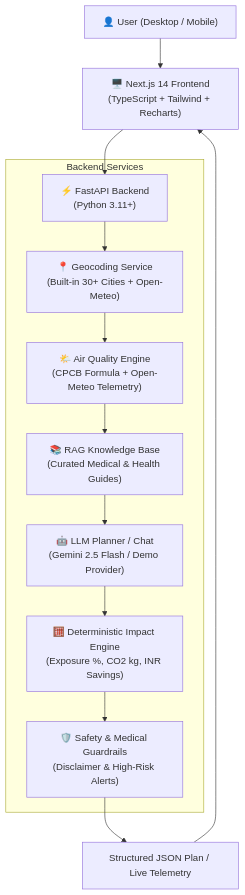
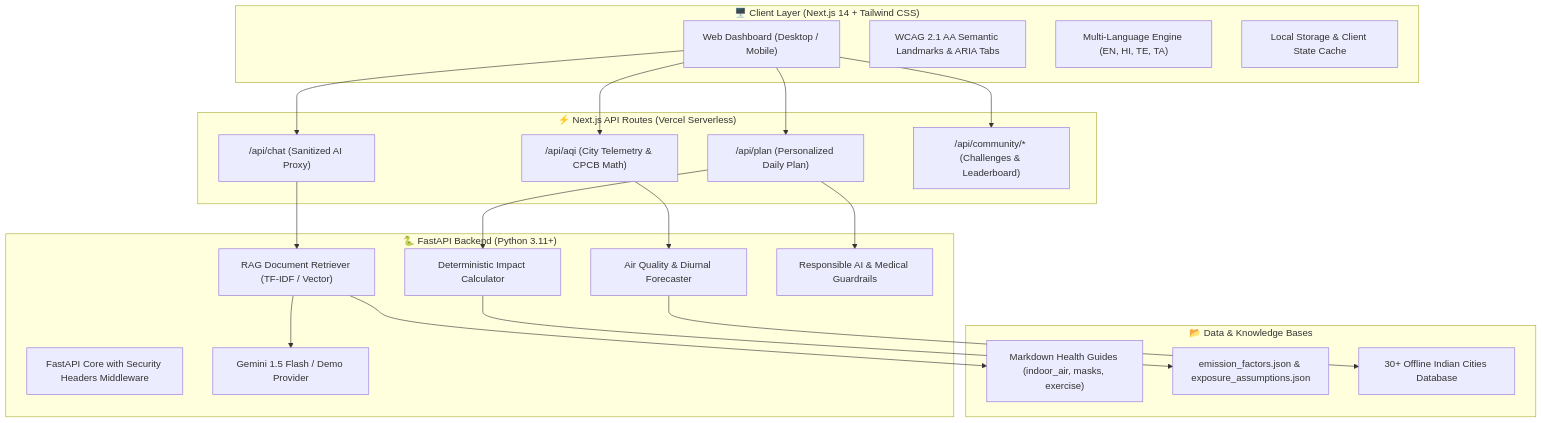
One commit to kushal3698/BreatheWise-Air-Quality-Assistance changed the diagram in README.md. Above: the diagram before and after it, drawn with Mermaid. The commit also changed other lines of this file and 12 other files, not shown here.

````diff
--- a/README.md
+++ b/README.md
@@ -89,17 +96,39 @@
 ```mermaid
 flowchart TD
-    User["👤 User (Desktop / Mobile)"] --> FE["🖥️ Next.js 14 Frontend\n(TypeScript + Tailwind + Recharts)"]
-    FE --> API["⚡ FastAPI Backend\n(Python 3.11+)"]
-
-    subgraph Backend_Services["Backend Services"]
-        API --> GEO["📍 Geocoding Service\n(Built-in 30+ Cities + Open-Meteo)"]
-        GEO --> AQ["🌤️ Air Quality Engine\n(CPCB Formula + Open-Meteo Telemetry)"]
-        AQ --> RAG["📚 RAG Knowledge Base\n(Curated Medical & Health Guides)"]
-        RAG --> LLM["🤖 LLM Planner / Chat\n(Gemini 2.5 Flash / Demo Provider)"]
-        LLM --> IMPACT["🧮 Deterministic Impact Engine\n(Exposure %, CO2 kg, INR Savings)"]
-        IMPACT --> SAFETY["🛡️ Safety & Medical Guardrails\n(Disclaimer & High-Risk Alerts)"]
+    subgraph Client["🖥️ Client Layer (Next.js 14 + Tailwind CSS)"]
+        UI["Web Dashboard (Desktop / Mobile)"]
+        A11Y["WCAG 2.1 AA Semantic Landmarks & ARIA Tabs"]
+        I18N["Multi-Language Engine (EN, HI, TE, TA)"]
+        STORE["Local Storage & Client State Cache"]
     end
 
-    SAFETY --> Response["Structured JSON Plan / Live Telemetry"]
-    Response --> FE
+    subgraph Serverless["⚡ Next.js API Routes (Vercel Serverless)"]
+        ROUTE_AQI["/api/aqi (City Telemetry & CPCB Math)"]
+        ROUTE_PLAN["/api/plan (Personalized Daily Plan)"]
+        ROUTE_CHAT["/api/chat (Sanitized AI Proxy)"]
+        ROUTE_COMM["/api/community/* (Challenges & Leaderboard)"]
+    end
+
+    subgraph Backend["🐍 FastAPI Backend (Python 3.11+)"]
+        API_GW["FastAPI Core with Security Headers Middleware"]
+        AQ_SVC["Air Quality & Diurnal Forecaster"]
+        RAG_SVC["RAG Document Retriever (TF-IDF / Vector)"]
+        IMPACT_SVC["Deterministic Impact Calculator"]
+        SAFETY_SVC["Responsible AI & Medical Guardrails"]
+        LLM_SVC["Gemini 1.5 Flash / Demo Provider"]
+    end
+
+    subgraph Data["📂 Data & Knowledge Bases"]
+        KB["Markdown Health Guides (indoor_air, masks, exercise)"]
+        EMISSIONS["emission_factors.json & exposure_assumptions.json"]
+        GEO["30+ Offline Indian Cities Database"]
+    end
+
+    UI --> ROUTE_AQI & ROUTE_PLAN & ROUTE_CHAT & ROUTE_COMM
+    ROUTE_AQI --> AQ_SVC
+    ROUTE_PLAN --> IMPACT_SVC & SAFETY_SVC
+    ROUTE_CHAT --> RAG_SVC --> LLM_SVC
+    AQ_SVC --> GEO
+    IMPACT_SVC --> EMISSIONS
+    RAG_SVC --> KB
 ```
````
